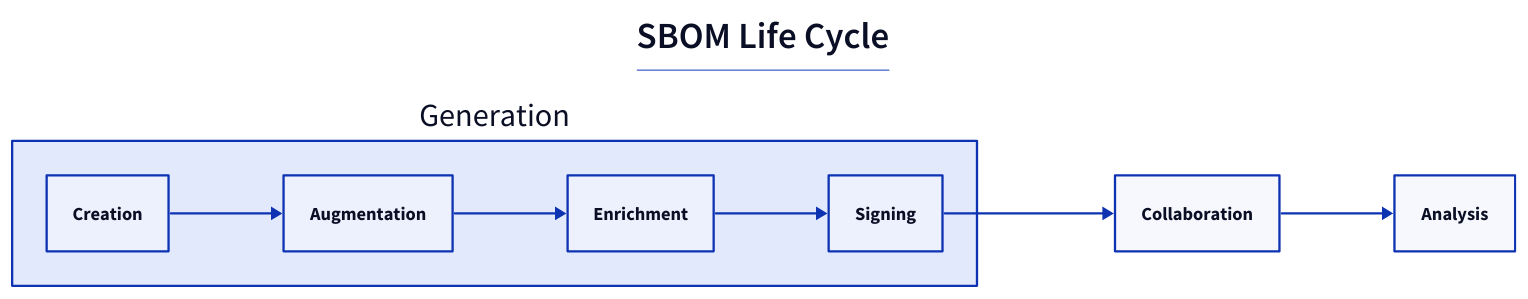
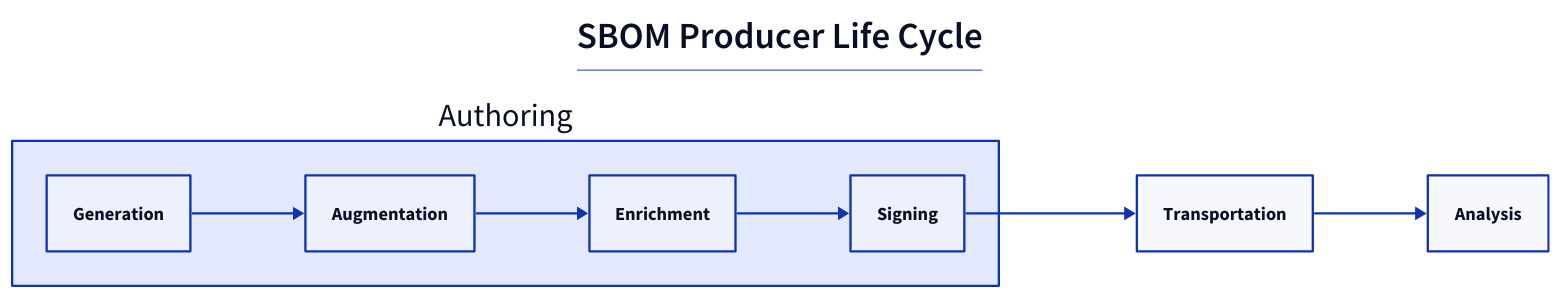
The diagram in assets/lifecycle.d2 (CISA-SBOM-Community/SBOM-Generation), drawn with D2 before and after one commit. The commit also changed 1 other file, not shown here.

```diff
--- a/assets/lifecycle.d2
+++ b/assets/lifecycle.d2
@@ -1,27 +1,27 @@
 direction: right
 
 title: |md
 
-  # SBOM Life Cycle
+  # SBOM Producer Life Cycle
 
 | {near: top-center}
 
-Generation {
-  Creation
+Authoring {
+  Generation
   Augmentation
   Enrichment
   Signing
 }
 
-Collaboration {
+Transportation {
 
 }
 
 Analysis {
 
 }
 
-Generation.Creation -> Generation.Augmentation
-Generation.Augmentation -> Generation.Enrichment
-Generation.Enrichment -> Generation.Signing
-Generation.Signing -> Collaboration -> Analysis
+Authoring.Generation -> Authoring.Augmentation
+Authoring.Augmentation -> Authoring.Enrichment
+Authoring.Enrichment -> Authoring.Signing
+Authoring.Signing -> Transportation -> Analysis
```
